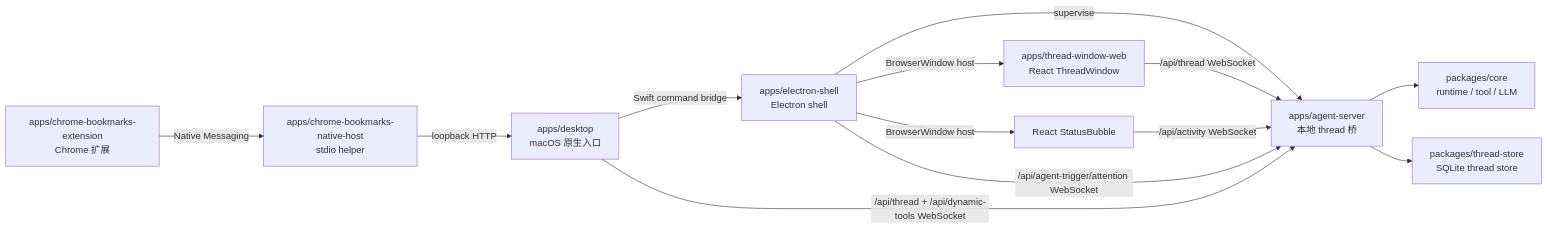
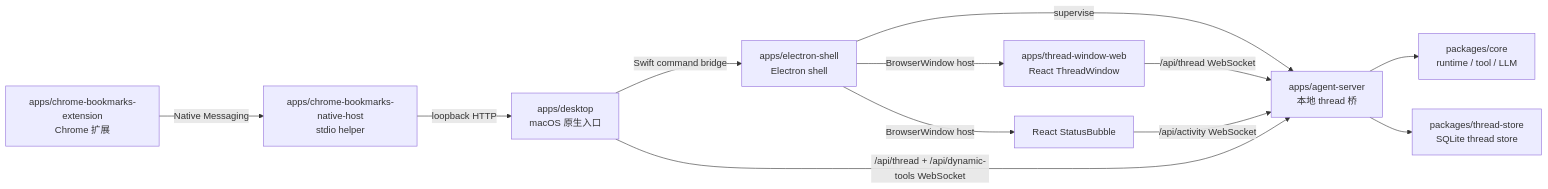
One commit to Lixuhang987/Wisp-Pocket changed the diagram in apps/apps.md. Above: the diagram before and after it, drawn with Mermaid. The commit also changed other lines of this file and 40 other files, not shown here.

Commit message:
Migrate AgentTrigger to thread client path

````diff
--- a/apps/apps.md
+++ b/apps/apps.md
@@ -18,15 +18,14 @@
 ```mermaid
 flowchart LR
   A[apps/desktop<br/>macOS 原生入口] -->|Swift command bridge| E[apps/electron-shell<br/>Electron shell]
   X[apps/chrome-bookmarks-extension<br/>Chrome 扩展] -->|Native Messaging| H[apps/chrome-bookmarks-native-host<br/>stdio helper]
   H -->|loopback HTTP| A
   E -->|BrowserWindow host| W[apps/thread-window-web<br/>React ThreadWindow]
   E -->|BrowserWindow host| S[React StatusBubble]
   E -->|supervise| B[apps/agent-server<br/>本地 thread 桥]
   W -->|/api/thread WebSocket| B
   S -->|/api/activity WebSocket| B
-  E -->|/api/agent-trigger/attention WebSocket| B
   A -->|/api/thread + /api/dynamic-tools WebSocket| B
   B --> C[packages/core<br/>runtime / tool / LLM]
   B --> T[packages/thread-store<br/>SQLite thread store]
 ```
````
